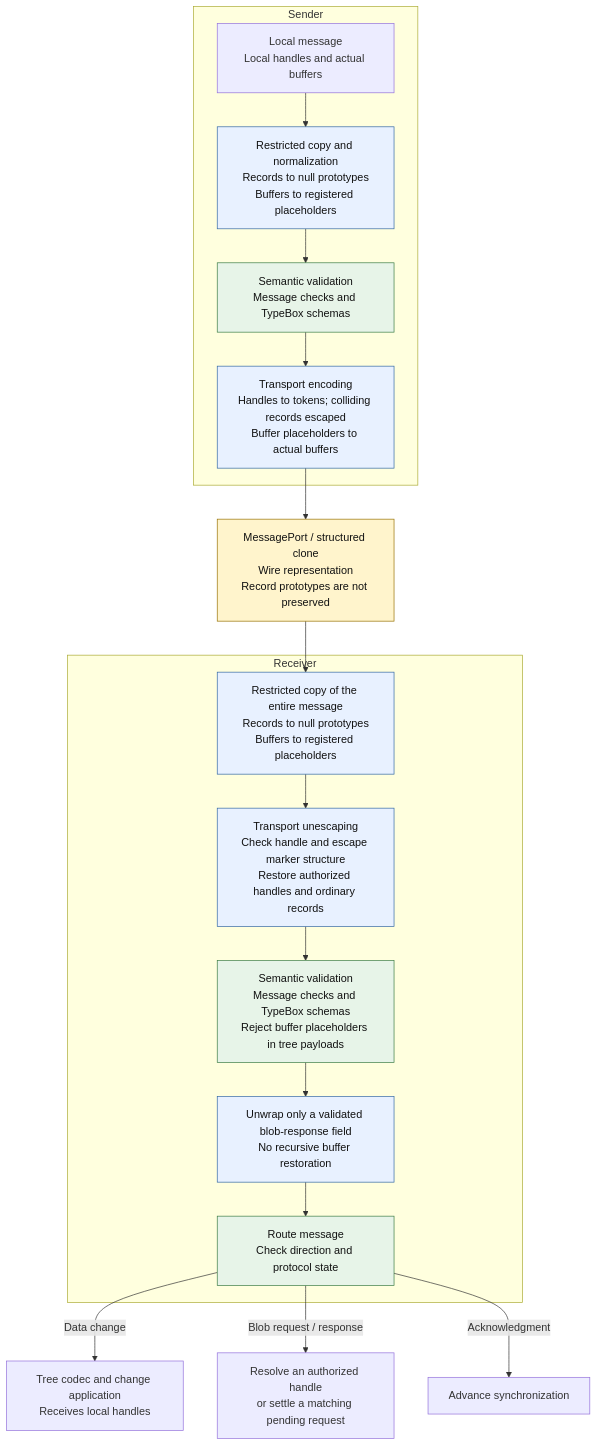
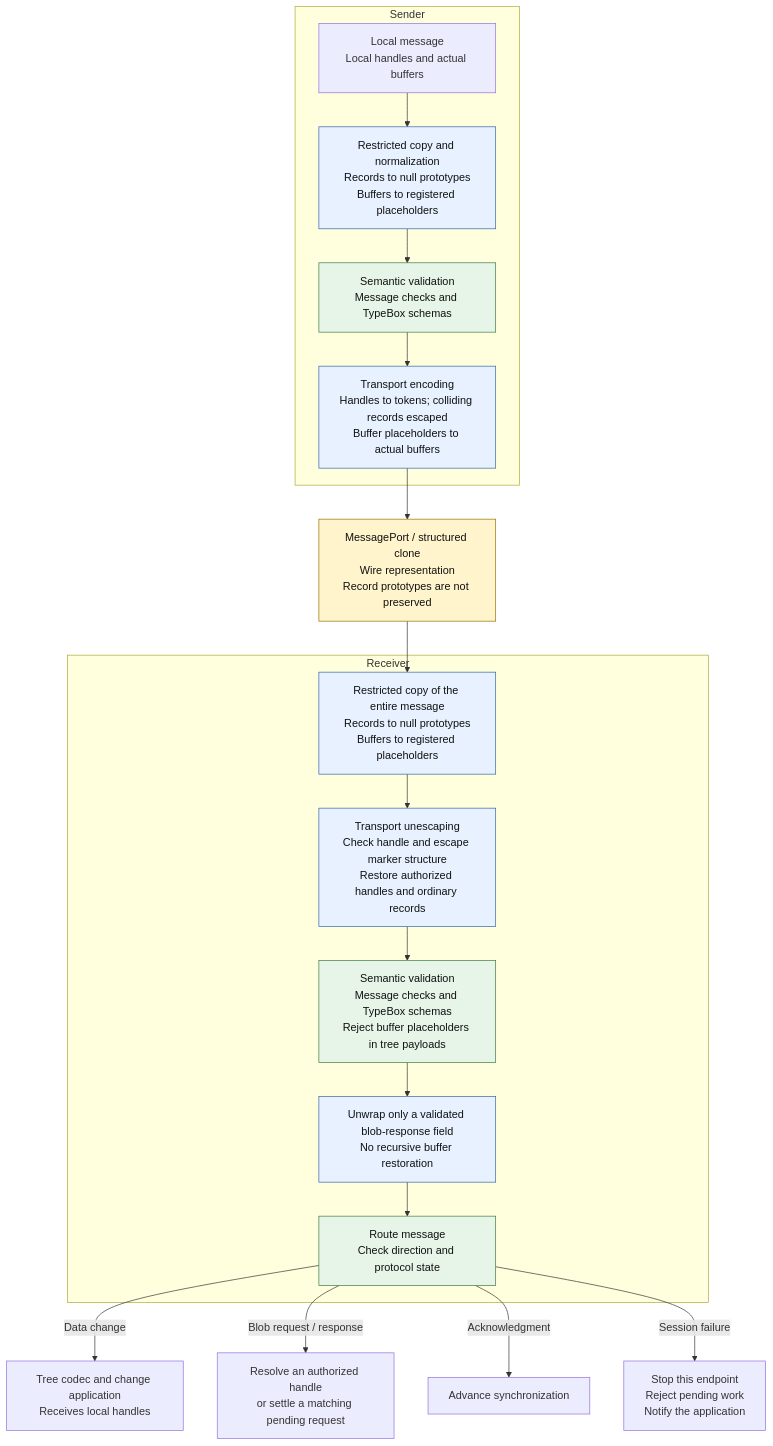
The second of 2 diagrams in packages/dds/tree/src/test/shared-tree/sandboxing/sandboxing.md (microsoft/FluidFramework), drawn with Mermaid before and after one commit. The commit also changed other lines of this file and 7 other files, not shown here.

````diff
--- a/packages/dds/tree/src/test/shared-tree/sandboxing/sandboxing.md
+++ b/packages/dds/tree/src/test/shared-tree/sandboxing/sandboxing.md
@@ -109,34 +112,35 @@
 ```mermaid
 flowchart TB
     subgraph Sending["Sender"]
         S["Local message<br/>Local handles and actual buffers"]
         N["Restricted copy and normalization<br/>Records to null prototypes<br/>Buffers to registered placeholders"]
         V["Semantic validation<br/>Message checks and TypeBox schemas"]
         E["Transport encoding<br/>Handles to tokens; colliding records escaped<br/>Buffer placeholders to actual buffers"]
         S --> N --> V --> E
     end
 
     W["MessagePort / structured clone<br/>Wire representation<br/>Record prototypes are not preserved"]
     E --> W
 
     subgraph Receiving["Receiver"]
         C["Restricted copy of the entire message<br/>Records to null prototypes<br/>Buffers to registered placeholders"]
         U["Transport unescaping<br/>Check handle and escape marker structure<br/>Restore authorized handles and ordinary records"]
         Q["Semantic validation<br/>Message checks and TypeBox schemas<br/>Reject buffer placeholders in tree payloads"]
         B["Unwrap only a validated blob-response field<br/>No recursive buffer restoration"]
         R["Route message<br/>Check direction and protocol state"]
         C --> U --> Q --> B --> R
     end
 
     W --> C
     R -->|"Data change"| T["Tree codec and change application<br/>Receives local handles"]
     R -->|"Blob request / response"| A["Resolve an authorized handle<br/>or settle a matching pending request"]
     R -->|"Acknowledgment"| K["Advance synchronization"]
+    R -->|"Session failure"| X["Stop this endpoint<br/>Reject pending work<br/>Notify the application"]
 
     classDef conversion fill:#e8f1ff,stroke:#3166a3,color:#111;
     classDef validation fill:#e7f4e8,stroke:#397a42,color:#111;
     classDef boundary fill:#fff4cc,stroke:#967000,color:#111;
     class N,E,C,U,B conversion;
     class V,Q,R validation;
     class W boundary;
 ```
````
